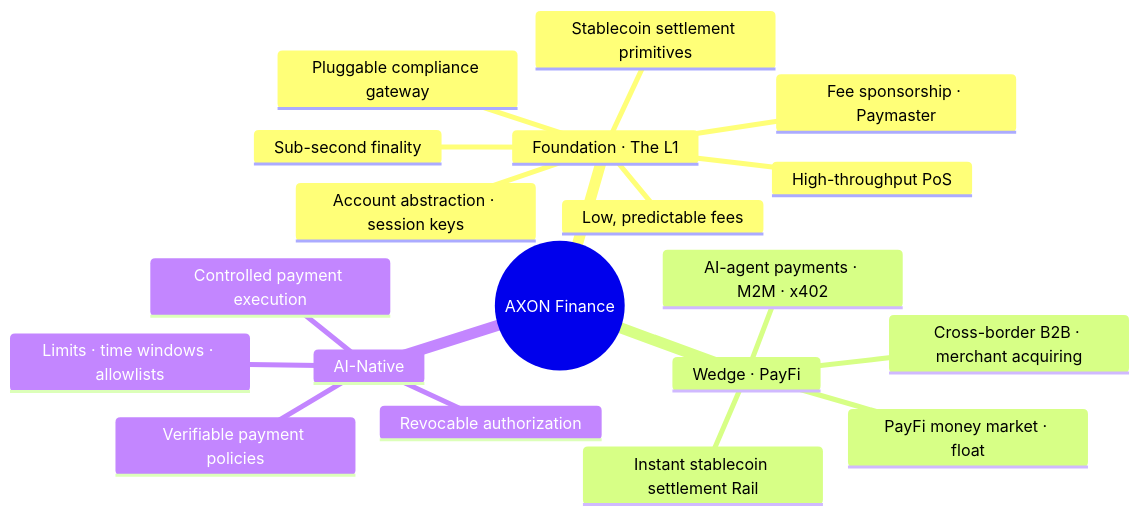
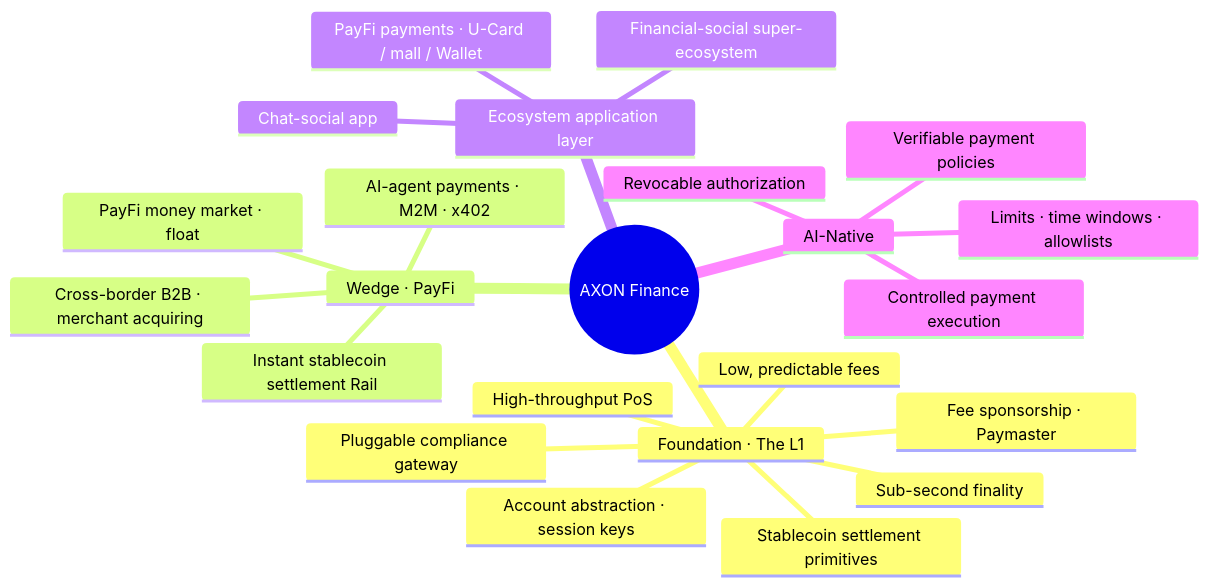
The diagram in en/part1-vision/1-2-what-is-axon.md (AIVIVEHQ/axon-whitepaper), drawn with Mermaid before and after one commit. The commit also changed other lines of this file and 17 other files, not shown here.

````diff
--- a/en/part1-vision/1-2-what-is-axon.md
+++ b/en/part1-vision/1-2-what-is-axon.md
@@ -14,22 +14,26 @@
 ```mermaid
 mindmap
   root((AXON Finance))
     Foundation · The L1
       High-throughput PoS
       Sub-second finality
       Low, predictable fees
       Stablecoin settlement primitives
       Account abstraction · session keys
       Fee sponsorship · Paymaster
       Pluggable compliance gateway
     Wedge · PayFi
       Instant stablecoin settlement Rail
       AI-agent payments · M2M · x402
       PayFi money market · float
       Cross-border B2B · merchant acquiring
+    Ecosystem application layer
+      PayFi payments · U-Card / mall / Wallet
+      Financial-social super-ecosystem
+      Chat-social app
     AI-Native
       Controlled payment execution
       Limits · time windows · allowlists
       Revocable authorization
       Verifiable payment policies
 ```
````
